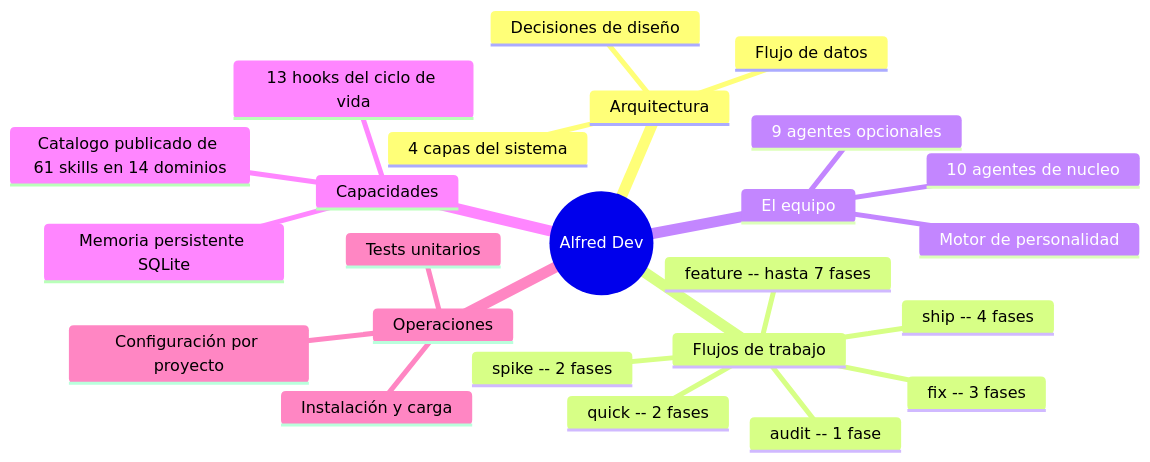
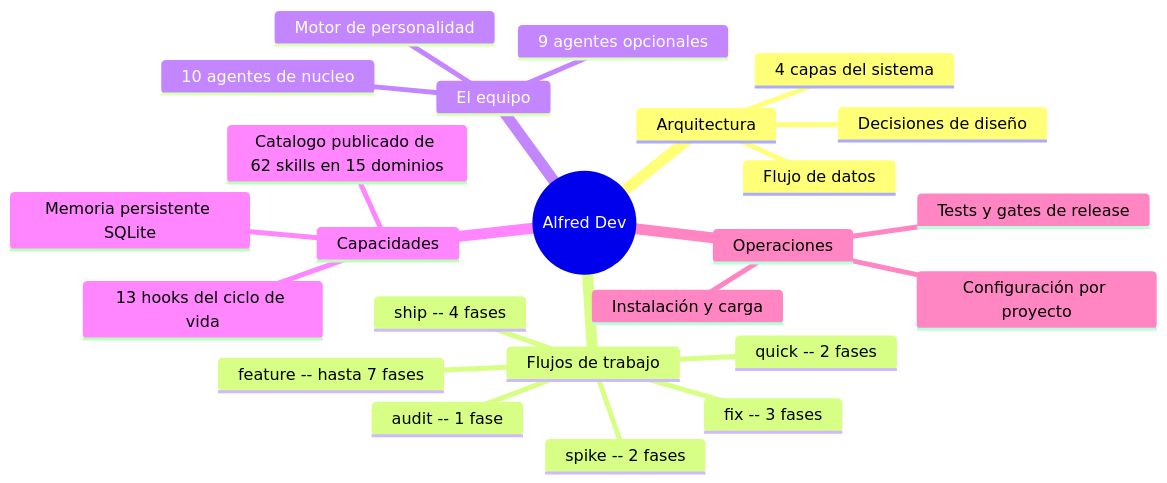
Before and after one commit to 686f6c61/alfred-dev: the diagram in docs/README.md, drawn with Mermaid. The commit also changed other lines of this file and 119 other files, not shown here.

````diff
--- a/docs/README.md
+++ b/docs/README.md
@@ -17,27 +17,27 @@
 ```mermaid
 mindmap
   root((Alfred Dev))
     Arquitectura
       4 capas del sistema
       Decisiones de diseño
       Flujo de datos
     Flujos de trabajo
       feature -- hasta 7 fases
       fix -- 3 fases
       spike -- 2 fases
       ship -- 4 fases
       audit -- 1 fase
       quick -- 2 fases
     El equipo
       10 agentes de nucleo
       9 agentes opcionales
       Motor de personalidad
     Capacidades
-      Catalogo publicado de 61 skills en 14 dominios
+      Catalogo publicado de 62 skills en 15 dominios
       13 hooks del ciclo de vida
       Memoria persistente SQLite
     Operaciones
       Instalación y carga
       Configuración por proyecto
-      Tests unitarios
+      Tests y gates de release
 ```
````
